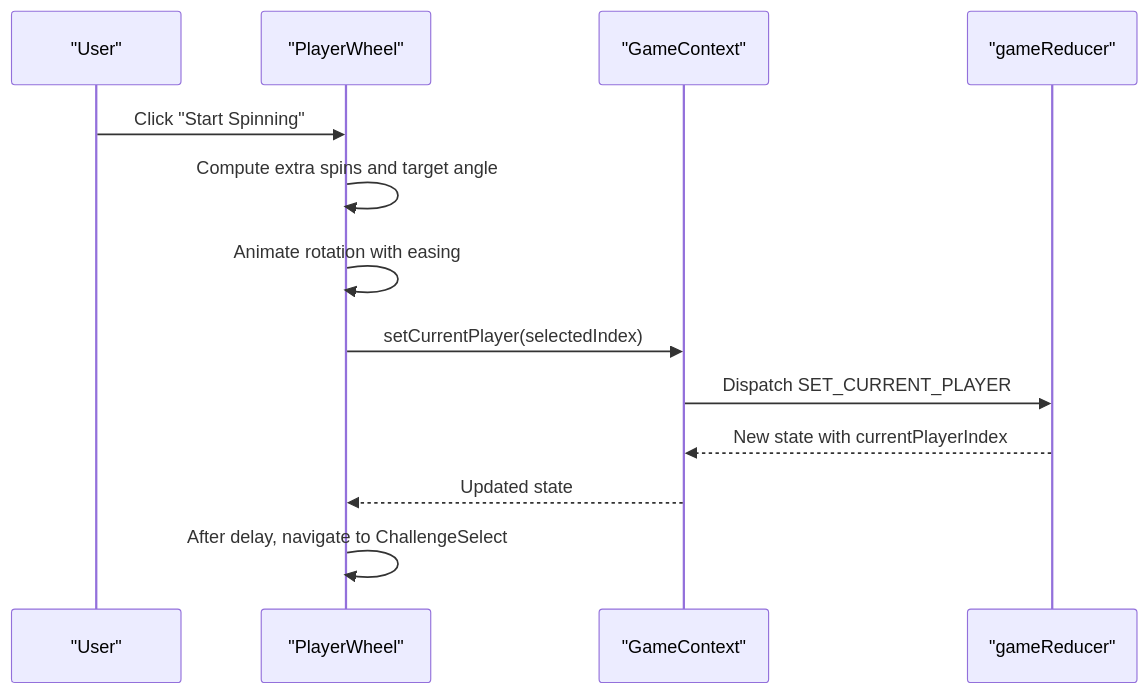
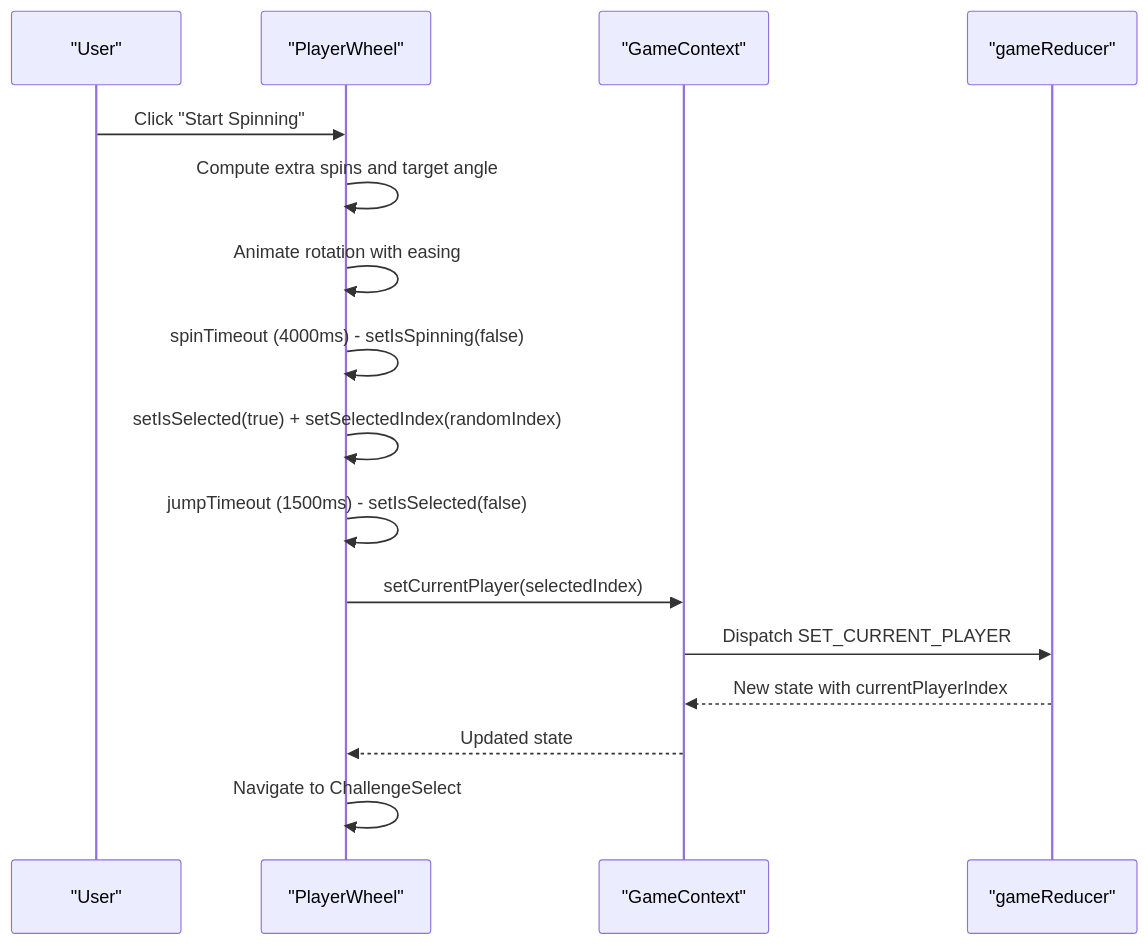
The fourth of 9 diagrams in .qoder/repowiki/en/content/Project Overview.md (pankehan11-afk/Truth_or_Dare), drawn with Mermaid before and after one commit. The commit also changed other lines of this file and 46 other files, not shown here.

````diff
--- a/.qoder/repowiki/en/content/Project Overview.md
+++ b/.qoder/repowiki/en/content/Project Overview.md
@@ -270,15 +284,18 @@
 ```mermaid
 sequenceDiagram
 participant U as "User"
 participant W as "PlayerWheel"
 participant Ctx as "GameContext"
 participant R as "gameReducer"
 U->>W : Click "Start Spinning"
 W->>W : Compute extra spins and target angle
 W->>W : Animate rotation with easing
+W->>W : spinTimeout (4000ms) - setIsSpinning(false)
+W->>W : setIsSelected(true) + setSelectedIndex(randomIndex)
+W->>W : jumpTimeout (1500ms) - setIsSelected(false)
 W->>Ctx : setCurrentPlayer(selectedIndex)
 Ctx->>R : Dispatch SET_CURRENT_PLAYER
 R-->>Ctx : New state with currentPlayerIndex
 Ctx-->>W : Updated state
-W->>W : After delay, navigate to ChallengeSelect
+W->>W : Navigate to ChallengeSelect
 ```
````
